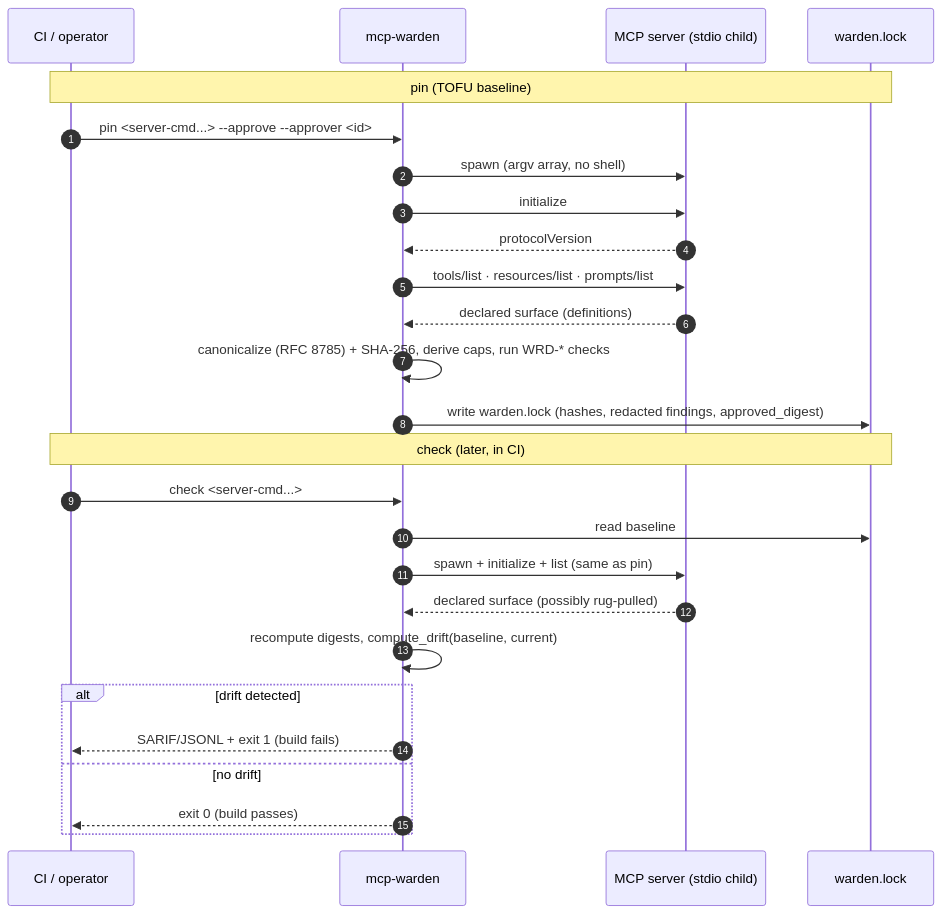
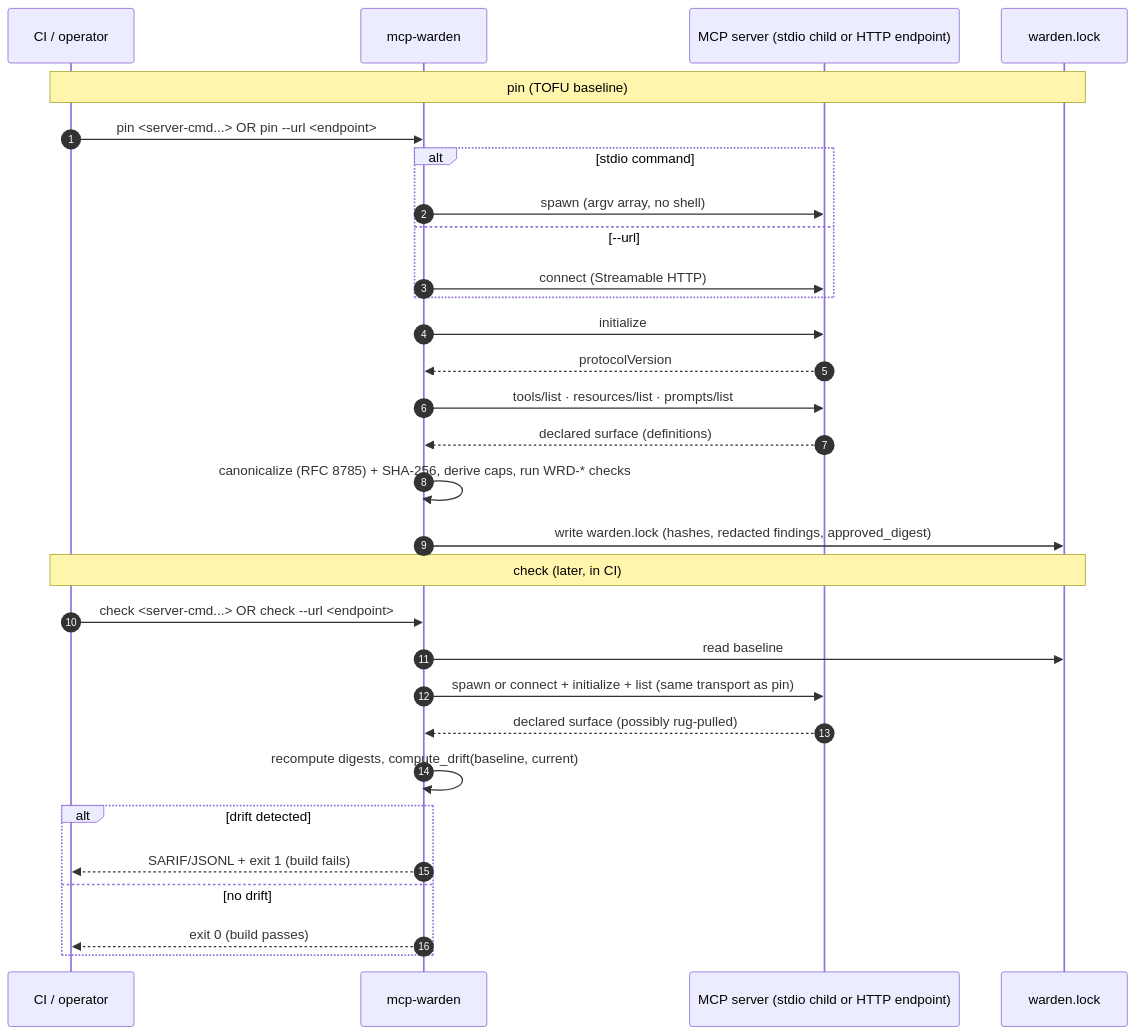
The second of 3 diagrams in SYSTEM_CONTEXT_DIAGRAM.md (DataScience-EngineeringExperts/mcp-warden), drawn with Mermaid before and after one commit. The commit also changed other lines of this file and 3 other files, not shown here.

````diff
--- a/SYSTEM_CONTEXT_DIAGRAM.md
+++ b/SYSTEM_CONTEXT_DIAGRAM.md
@@ -88,30 +90,34 @@
 ```mermaid
 sequenceDiagram
     autonumber
     participant CI as CI / operator
     participant W as mcp-warden
-    participant S as MCP server (stdio child)
+    participant S as MCP server (stdio child or HTTP endpoint)
     participant L as warden.lock
 
     Note over CI,L: pin (TOFU baseline)
-    CI->>W: pin <server-cmd...> --approve --approver <id>
-    W->>S: spawn (argv array, no shell)
+    CI->>W: pin <server-cmd...> OR pin --url <endpoint>
+    alt stdio command
+        W->>S: spawn (argv array, no shell)
+    else --url
+        W->>S: connect (Streamable HTTP)
+    end
     W->>S: initialize
     S-->>W: protocolVersion
     W->>S: tools/list · resources/list · prompts/list
     S-->>W: declared surface (definitions)
     W->>W: canonicalize (RFC 8785) + SHA-256, derive caps, run WRD-* checks
     W->>L: write warden.lock (hashes, redacted findings, approved_digest)
 
     Note over CI,L: check (later, in CI)
-    CI->>W: check <server-cmd...>
+    CI->>W: check <server-cmd...> OR check --url <endpoint>
     W->>L: read baseline
-    W->>S: spawn + initialize + list (same as pin)
+    W->>S: spawn or connect + initialize + list (same transport as pin)
     S-->>W: declared surface (possibly rug-pulled)
     W->>W: recompute digests, compute_drift(baseline, current)
     alt drift detected
         W-->>CI: SARIF/JSONL + exit 1 (build fails)
     else no drift
         W-->>CI: exit 0 (build passes)
     end
 ```
````
